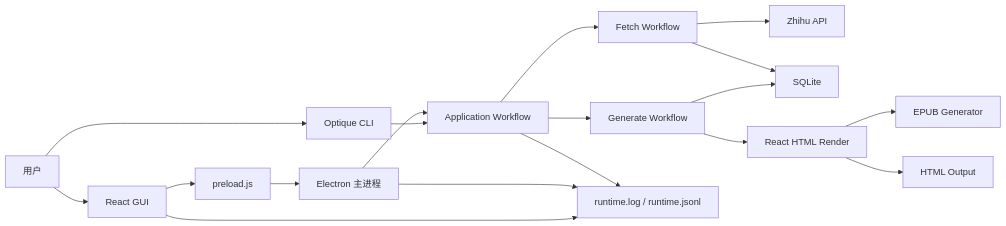
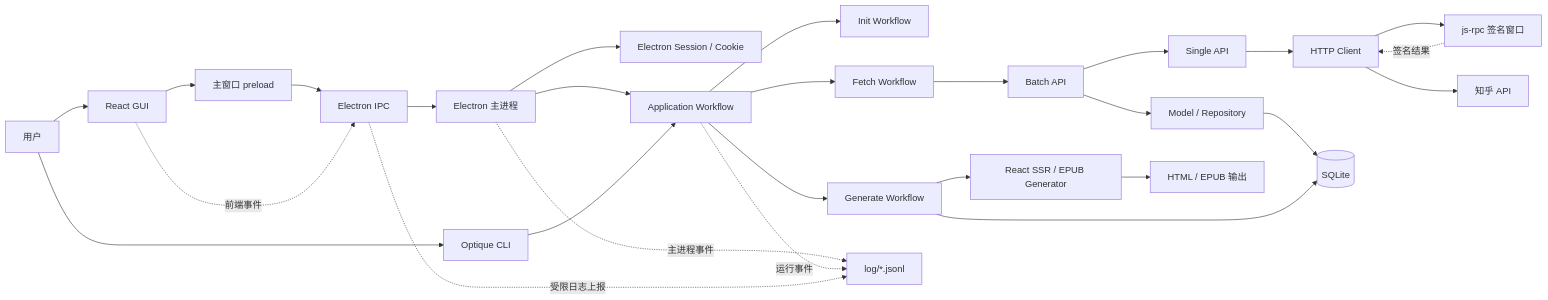
One commit to YaoZeyuan/zhihuhelp changed the diagram in doc/开发文档/架构总览.md. Above: the diagram before and after it, drawn with Mermaid. The commit also changed other lines of this file and 162 other files, not shown here.

````diff
--- a/doc/开发文档/架构总览.md
+++ b/doc/开发文档/架构总览.md
@@ -13,20 +13,32 @@
 ```mermaid
 flowchart LR
   User["用户"] --> GUI["React GUI"]
   User --> CLI["Optique CLI"]
-  GUI --> Preload["preload.js"]
-  Preload --> Electron["Electron 主进程"]
-  Electron --> Workflow["Application Workflow"]
+
+  GUI --> Preload["主窗口 preload"]
+  Preload --> IPC["Electron IPC"]
+  IPC --> Main["Electron 主进程"]
+  Main --> Session["Electron Session / Cookie"]
+  Main --> Workflow["Application Workflow"]
   CLI --> Workflow
+
+  Workflow --> Init["Init Workflow"]
   Workflow --> Fetch["Fetch Workflow"]
-  Fetch --> API["Zhihu API"]
-  Fetch --> DB["SQLite"]
   Workflow --> Generate["Generate Workflow"]
+  Fetch --> Batch["Batch API"]
+  Batch --> Single["Single API"]
+  Single --> HTTP["HTTP Client"]
+  HTTP --> Sign["js-rpc 签名窗口"]
+  Sign -.->|签名结果| HTTP
+  HTTP --> Zhihu["知乎 API"]
+  Batch --> Model["Model / Repository"]
+  Model --> DB[("SQLite")]
   Generate --> DB
-  Generate --> Render["React HTML Render"]
-  Render --> EPUB["EPUB Generator"]
-  Render --> HTML["HTML Output"]
-  Workflow --> Log["runtime.log / runtime.jsonl"]
-  Electron --> Log
-  GUI --> Log
+  Generate --> Render["React SSR / EPUB Generator"]
+  Render --> Output["HTML / EPUB 输出"]
+
+  GUI -.->|前端事件| IPC
+  Main -.->|主进程事件| Logs["log/*.jsonl"]
+  Workflow -.->|运行事件| Logs
+  IPC -.->|受限日志上报| Logs
 ```
````
